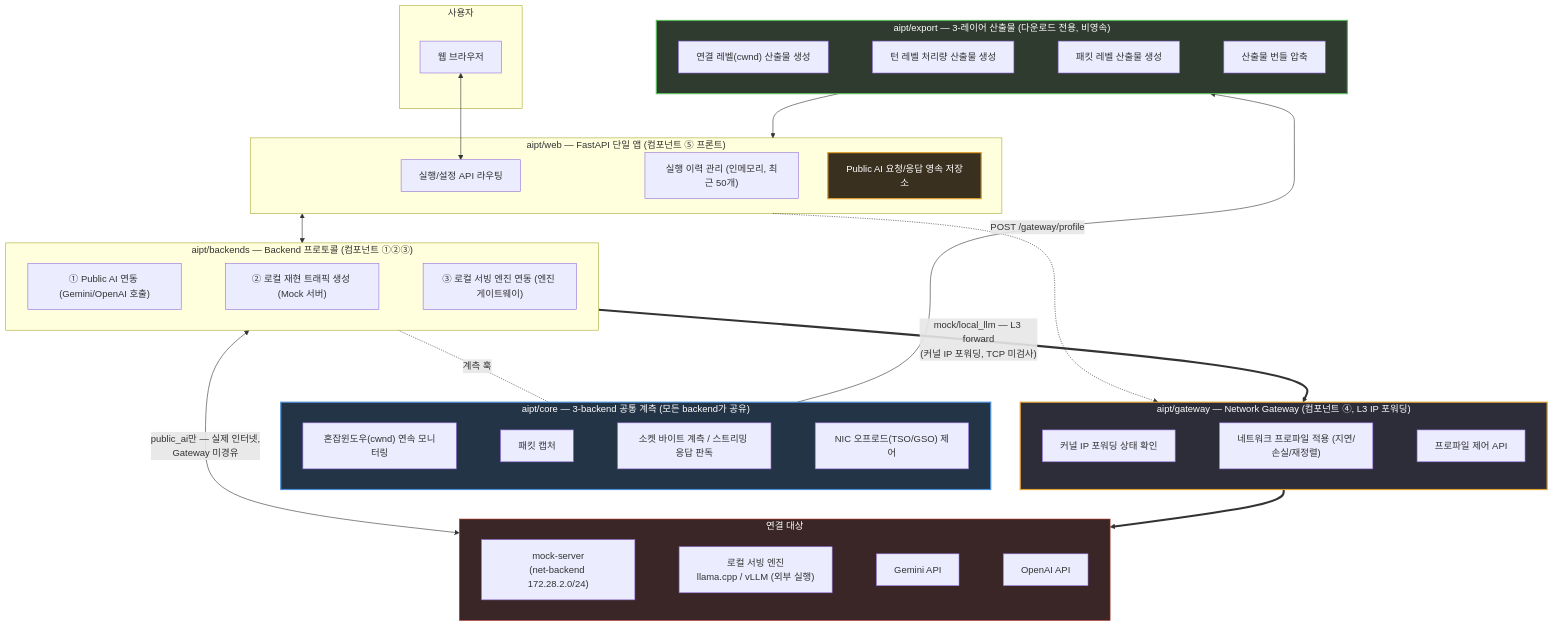
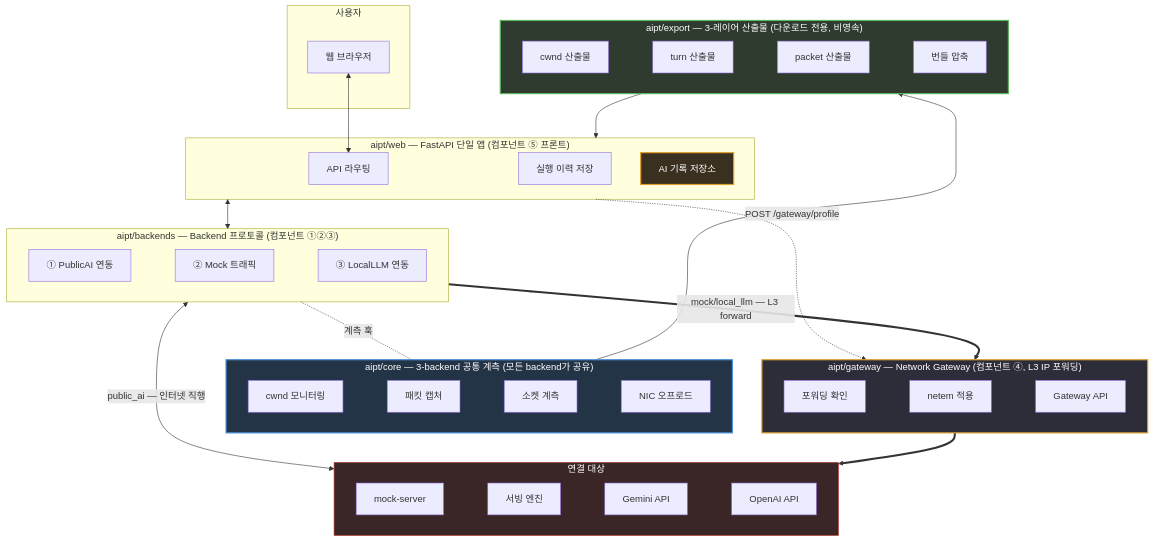
The first of 4 diagrams in AIPT/ARCHITECTURE.md (sangrokhan/remote_work), drawn with Mermaid before and after one commit.

Commit message:
docs(AIPT): shorten diagram node/edge labels to avoid CJK wrap
GitHub mermaid 렌더러는 노드 폭이 좁으면 한글을 단어/음절 중간에서도
줄바꿈함(CJK 특성). 완전한 통제를 위해 텍스트를 5~7자 수준으로 축약

````diff
--- a/AIPT/ARCHITECTURE.md
+++ b/AIPT/ARCHITECTURE.md
@@ -13,73 +13,73 @@
 ```mermaid
 flowchart TB
     subgraph USER["사용자"]
         Browser["웹 브라우저"]
     end
 
     subgraph WEBAPP["aipt/web — FastAPI 단일 앱 (컴포넌트 ⑤ 프론트)"]
-        Routes["실행/설정 API 라우팅"]
-        Store["실행 이력 관리 (인메모리, 최근 50개)"]
-        Records["Public AI 요청/응답 영속 저장소"]
+        Routes["API 라우팅"]
+        Store["실행 이력 저장"]
+        Records["AI 기록 저장소"]
     end
 
     subgraph CORE["aipt/core — 3-backend 공통 계측 (모든 backend가 공유)"]
         direction LR
-        Cwnd["혼잡윈도우(cwnd) 연속 모니터링"]
+        Cwnd["cwnd 모니터링"]
         Capture["패킷 캡처"]
-        Wire["소켓 바이트 계측 / 스트리밍 응답 판독"]
-        Offload["NIC 오프로드(TSO/GSO) 제어"]
+        Wire["소켓 계측"]
+        Offload["NIC 오프로드"]
         Cwnd ~~~ Capture ~~~ Wire ~~~ Offload
     end
 
     subgraph BACKENDS["aipt/backends — Backend 프로토콜 (컴포넌트 ①②③)"]
         direction LR
-        PublicAI["① Public AI 연동 (Gemini/OpenAI 호출)"]
-        Mock["② 로컬 재현 트래픽 생성 (Mock 서버)"]
-        LocalLLM["③ 로컬 서빙 엔진 연동 (엔진 게이트웨이)"]
+        PublicAI["① PublicAI 연동"]
+        Mock["② Mock 트래픽"]
+        LocalLLM["③ LocalLLM 연동"]
         PublicAI ~~~ Mock ~~~ LocalLLM
     end
 
     subgraph GATEWAY["aipt/gateway — Network Gateway (컴포넌트 ④, L3 IP 포워딩)"]
         direction LR
-        Forward["커널 IP 포워딩 상태 확인"]
-        Netem["네트워크 프로파일 적용 (지연/손실/재정렬)"]
-        ProfileAPI["프로파일 제어 API"]
+        Forward["포워딩 확인"]
+        Netem["netem 적용"]
+        ProfileAPI["Gateway API"]
         Forward ~~~ Netem ~~~ ProfileAPI
     end
 
     subgraph TARGETS["연결 대상"]
         direction LR
-        MockNet["mock-server<br/>(net-backend 172.28.2.0/24)"]
-        Engine["로컬 서빙 엔진<br/>llama.cpp / vLLM (외부 실행)"]
+        MockNet["mock-server"]
+        Engine["서빙 엔진"]
         Gemini["Gemini API"]
         OpenAI["OpenAI API"]
         MockNet ~~~ Engine ~~~ Gemini ~~~ OpenAI
     end
 
     subgraph EXPORT["aipt/export — 3-레이어 산출물 (다운로드 전용, 비영속)"]
         direction LR
-        Connection["연결 레벨(cwnd) 산출물 생성"]
-        Turns["턴 레벨 처리량 산출물 생성"]
-        Packets["패킷 레벨 산출물 생성"]
-        Bundle["산출물 번들 압축"]
+        Connection["cwnd 산출물"]
+        Turns["turn 산출물"]
+        Packets["packet 산출물"]
+        Bundle["번들 압축"]
         Connection ~~~ Turns ~~~ Packets ~~~ Bundle
     end
 
     Browser <--> Routes
 
     WEBAPP <--> BACKENDS
     WEBAPP -.->|"POST /gateway/profile"| GATEWAY
     BACKENDS -. 계측 훅 .- CORE
     CORE --> EXPORT
     EXPORT --> WEBAPP
 
-    BACKENDS <-->|"public_ai만 — 실제 인터넷,<br/>Gateway 미경유"| TARGETS
-    BACKENDS ==>|"mock/local_llm — L3 forward<br/>(커널 IP 포워딩, TCP 미검사)"| GATEWAY
+    BACKENDS <-->|"public_ai — 인터넷 직행"| TARGETS
+    BACKENDS ==>|"mock/local_llm — L3 forward"| GATEWAY
     GATEWAY ==> TARGETS
 
     style GATEWAY fill:#2d2d3a,stroke:#e0a030,stroke-width:2px,color:#fff
     style CORE fill:#243447,stroke:#4a90d9,stroke-width:2px,color:#fff
     style EXPORT fill:#2f3b2f,stroke:#5cb85c,stroke-width:2px,color:#fff
     style TARGETS fill:#3a2626,stroke:#c0392b,stroke-width:1px,color:#fff
     style Records fill:#3a3020,stroke:#e0a030,stroke-width:2px,color:#fff
 ```
````
